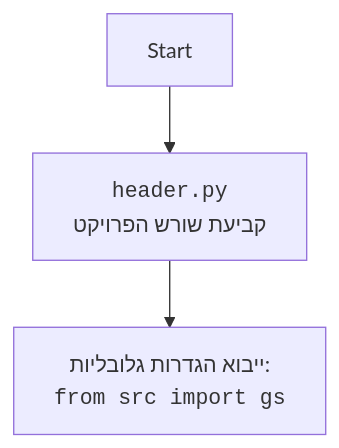
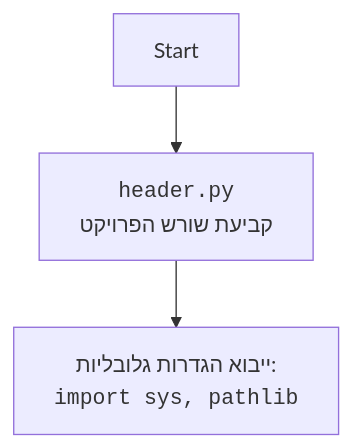
The second of 2 diagrams in docs/gemini/he/explainer/src/endpoints/ai_games/101_basic_computer_games/ru/header.md.md (hypo69/hypo), drawn with Mermaid before and after one commit. The commit also changed other lines of this file and 885 other files, not shown here.

````diff
--- a/docs/gemini/he/explainer/src/endpoints/ai_games/101_basic_computer_games/ru/header.md.md
+++ b/docs/gemini/he/explainer/src/endpoints/ai_games/101_basic_computer_games/ru/header.md.md
@@ -50,6 +39,6 @@
 ```mermaid
 flowchart TD
     Start --> Header[<code>header.py</code><br> קביעת שורש הפרויקט]
 
-    Header --> import[ייבוא הגדרות גלובליות: <br><code>from src import gs</code>]
+    Header --> import[ייבוא הגדרות גלובליות: <br><code>import sys, pathlib</code>]
 ```
````
